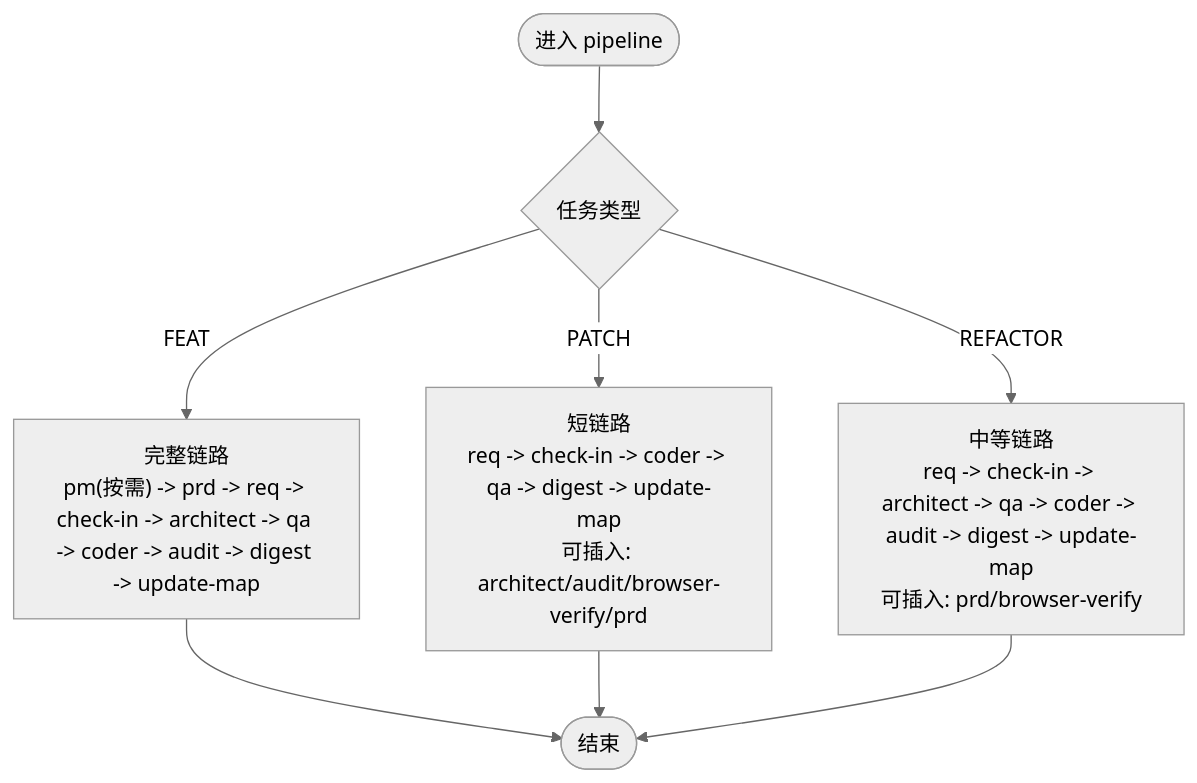
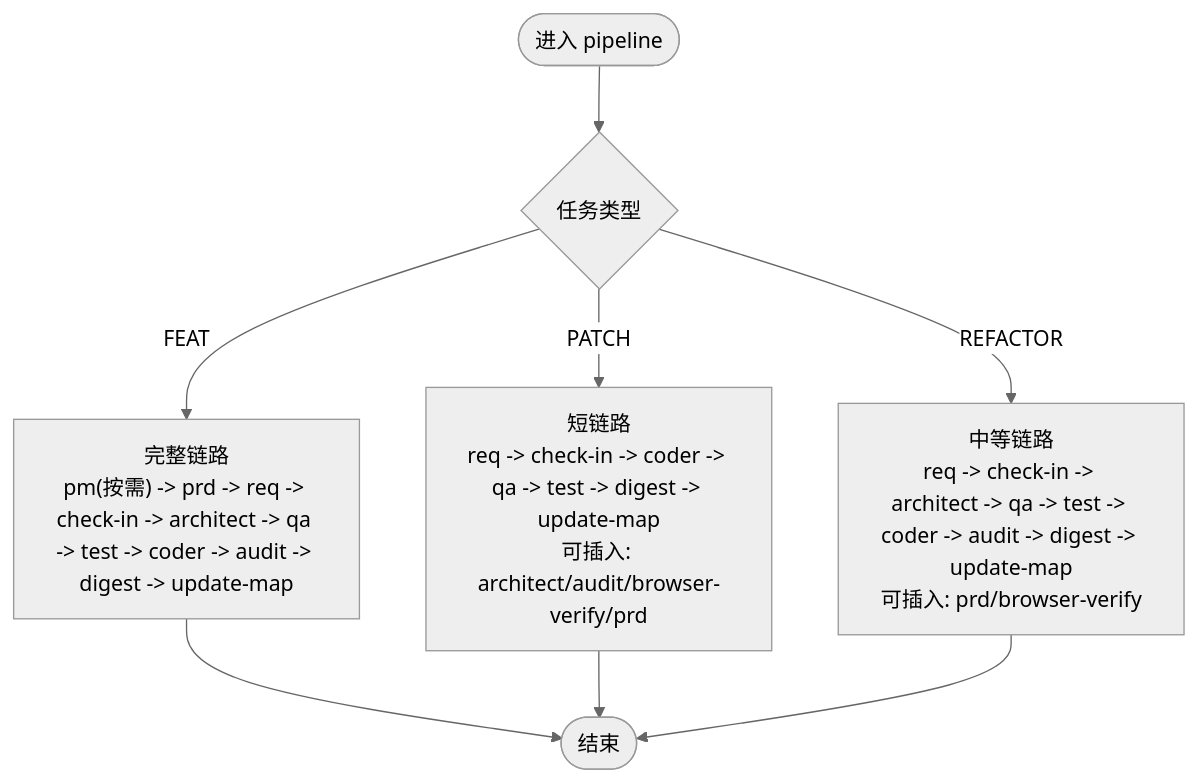
The fourth of 6 diagrams in .qoder/repowiki/zh/content/项目概述/项目概述.md (CryptoLinxu/Web3-AI-Agent), drawn with Mermaid (neutral theme) before and after one commit. The commit also changed other lines of this file and 17 other files, not shown here.

````diff
--- a/.qoder/repowiki/zh/content/项目概述/项目概述.md
+++ b/.qoder/repowiki/zh/content/项目概述/项目概述.md
@@ -253,10 +292,10 @@
 ```mermaid
 flowchart TD
 Start(["进入 pipeline"]) --> Type{"任务类型"}
-Type --> |FEAT| FEAT["完整链路<br/>pm(按需) -> prd -> req -> check-in -> architect -> qa -> coder -> audit -> digest -> update-map"]
-Type --> |PATCH| PATCH["短链路<br/>req -> check-in -> coder -> qa -> digest -> update-map<br/>可插入: architect/audit/browser-verify/prd"]
-Type --> |REFACTOR| REFACTOR["中等链路<br/>req -> check-in -> architect -> qa -> coder -> audit -> digest -> update-map<br/>可插入: prd/browser-verify"]
+Type --> |FEAT| FEAT["完整链路<br/>pm(按需) -> prd -> req -> check-in -> architect -> qa -> test -> coder -> audit -> digest -> update-map"]
+Type --> |PATCH| PATCH["短链路<br/>req -> check-in -> coder -> qa -> test -> digest -> update-map<br/>可插入: architect/audit/browser-verify/prd"]
+Type --> |REFACTOR| REFACTOR["中等链路<br/>req -> check-in -> architect -> qa -> test -> coder -> audit -> digest -> update-map<br/>可插入: prd/browser-verify"]
 FEAT --> End(["结束"])
 PATCH --> End
 REFACTOR --> End
 ```
````
